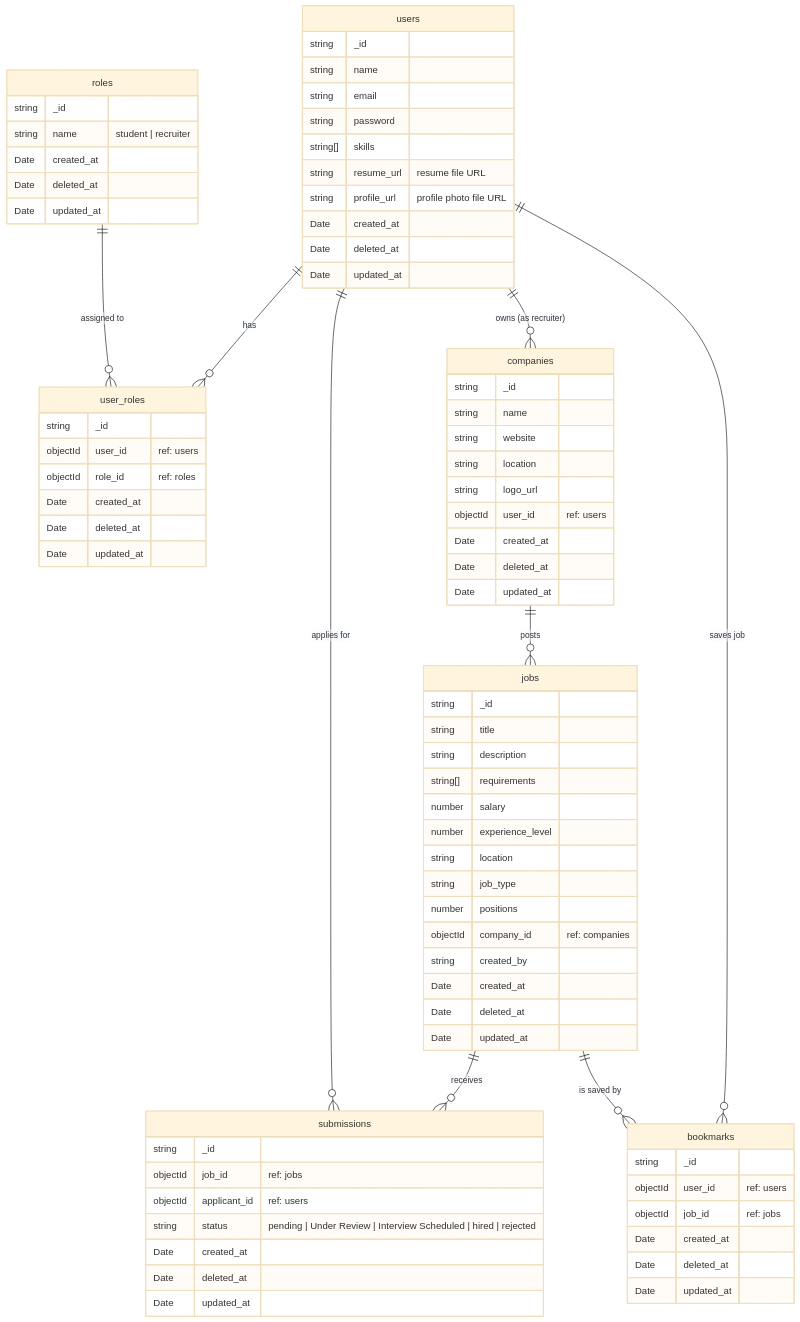
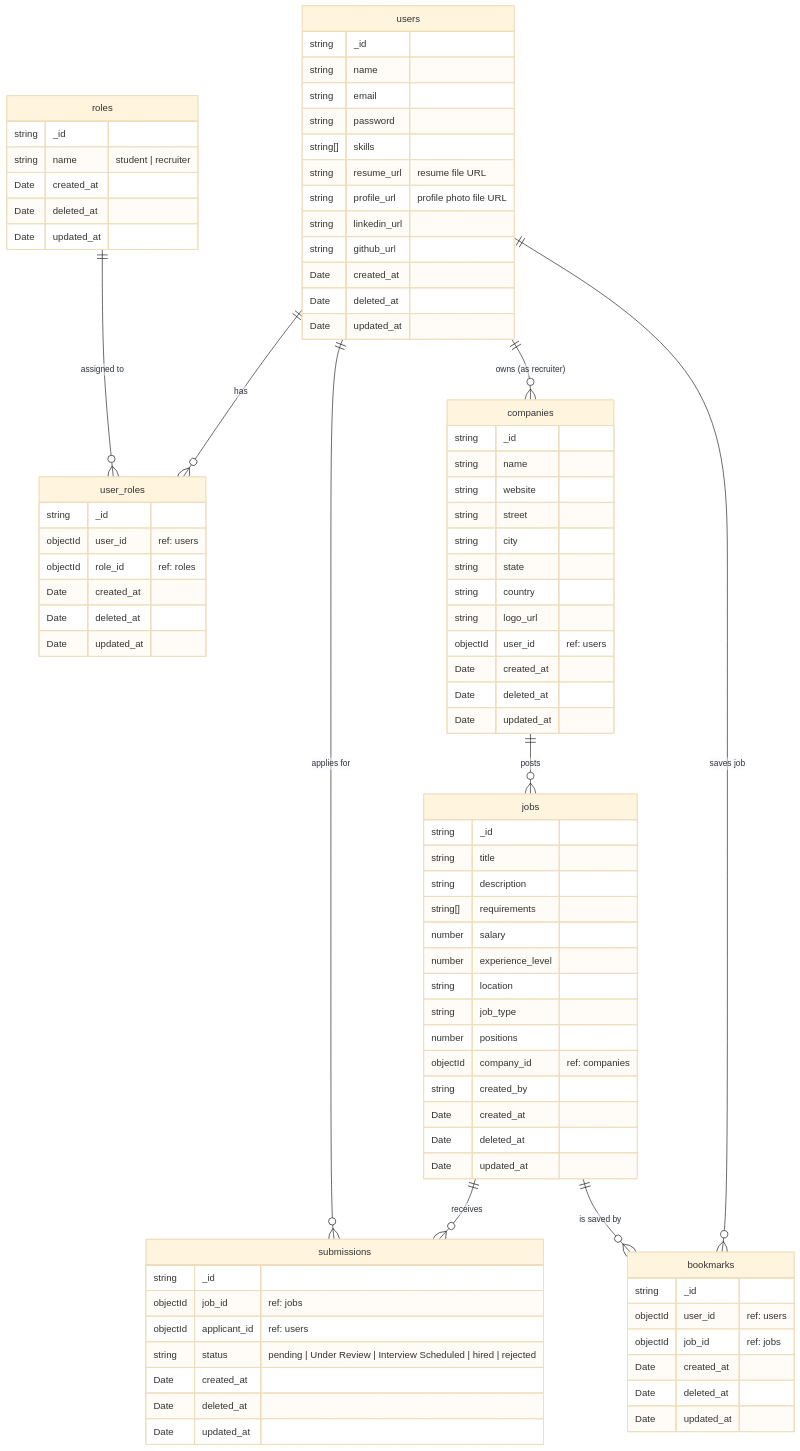
Before and after one commit to kamlesh-chandel/job-portal-app-mkdocs: the diagram in docs/er_diagram.md, drawn with Mermaid (base theme). The commit also changed other lines of this file and 20 other files, not shown here.

Commit message:
docs: add architecture diagram and three dfd diagram

```diff
--- a/docs/er_diagram.md
+++ b/docs/er_diagram.md
@@ -5,10 +8,14 @@
 		string _id  ""  
 		string name  ""  
 		string email  ""  
-		string password  ""  
+		string password  "" 
+		%% skills, resume_url, profile_url will be in profile fields%% 
 		string[] skills  ""  
 		string resume_url  "resume file URL"  
-		string profile_url  "profile photo file URL"   
+		string profile_url "profile photo file URL"
+		%% linkedin_url, github_url will be in social_links fields%% 
+		string linkedin_url ""
+		string github_url ""   
 		Date created_at  ""  
 		Date deleted_at  ""  
 		Date updated_at  ""  
@@ -35,7 +42,11 @@
 		string _id  ""  
 		string name  ""  
 		string website  ""  
-		string location  ""  
+	    %% street, city, state, country will be in address fields%% 		
+		string street ""
+		string city ""
+		string state ""
+		string country ""  
 		string logo_url  ""  
 		objectId user_id  "ref: users"  
 		Date created_at  ""  
```
